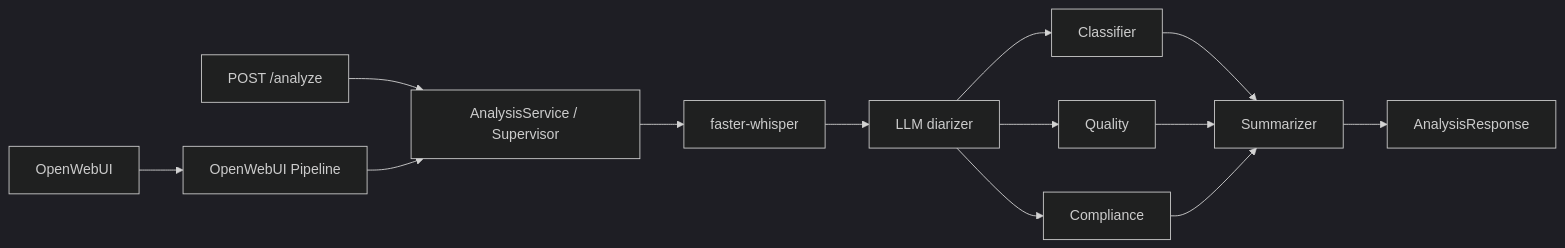
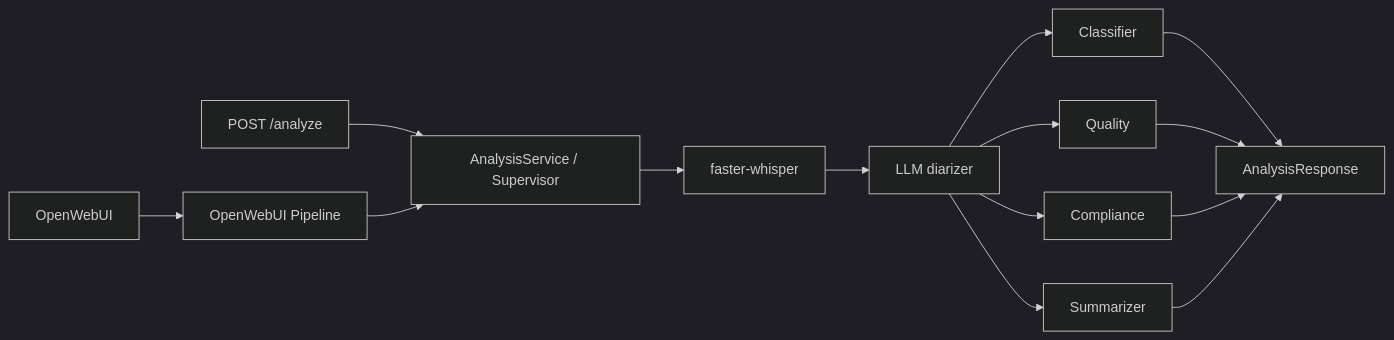
Before and after one commit to vbuyel/mtbank-ai-hiring: the first of 2 diagrams in README.md, drawn with Mermaid (dark theme). The commit also changed other lines of this file and 6 other files, not shown here.

Commit message:
refactored summarizer to operate independently from peer agents, updated README for clarity on process flow, and modified tests to reflect changes in agent interactions

````diff
--- a/README.md
+++ b/README.md
@@ -14,15 +14,16 @@
 ```mermaid
 flowchart LR
     UI[OpenWebUI] --> P[OpenWebUI Pipeline]
     REST[POST /analyze] --> S[AnalysisService / Supervisor]
     P --> S
     S --> ASR[faster-whisper]
     ASR --> D[LLM diarizer]
     D --> C[Classifier]
     D --> Q[Quality]
     D --> CO[Compliance]
-    C --> SU[Summarizer]
-    Q --> SU
-    CO --> SU
-    SU --> R[AnalysisResponse]
+    D --> SU[Summarizer]
+    C --> R[AnalysisResponse]
+    Q --> R
+    CO --> R
+    SU --> R
 ```
````
